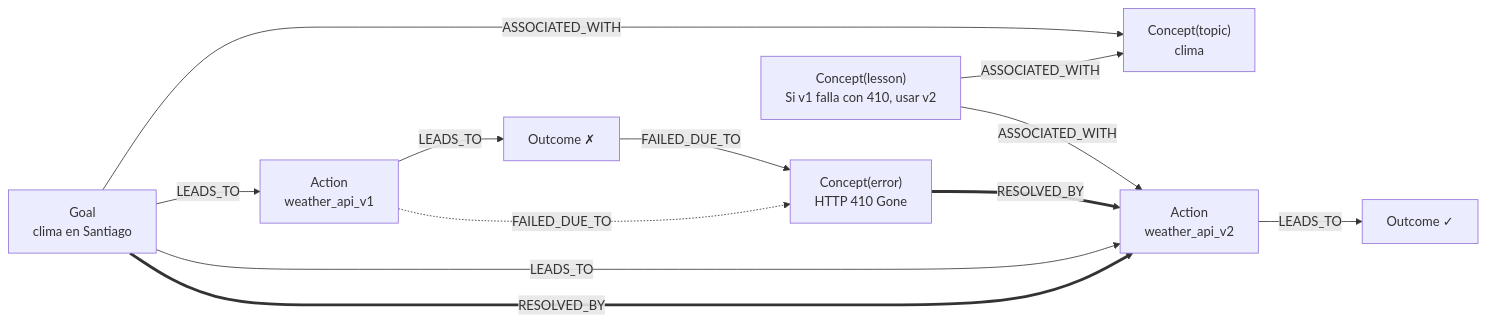
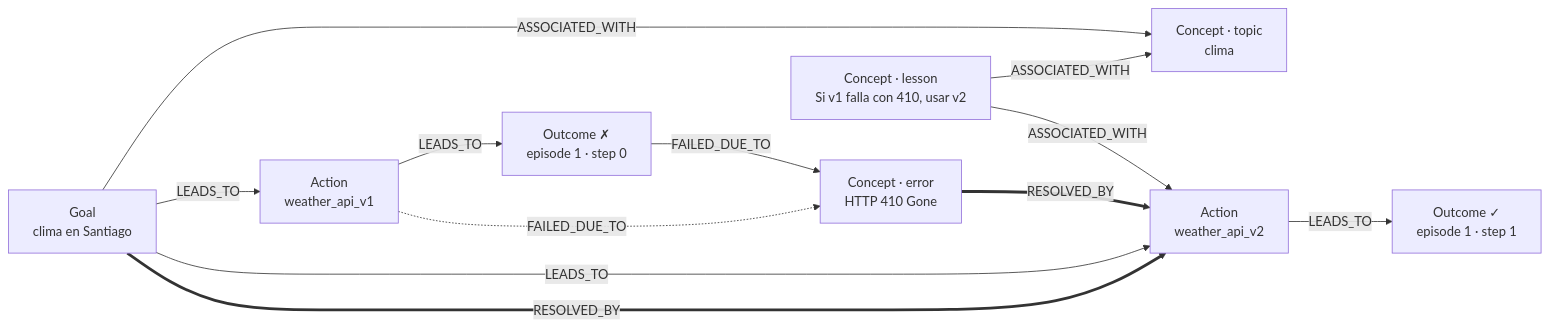
The third of 10 diagrams in README.md (cherrera0001/Agents_Learning_Loops), drawn with Mermaid before and after one commit. The commit also changed other lines of this file and 3 other files, not shown here.

First line of the commit message:
docs: README técnico con arquitectura, algoritmos y 10 diagramas (#38)

````diff
--- a/README.md
+++ b/README.md
@@ -71,14 +203,14 @@
 ```mermaid
 graph LR
-    G1["Goal<br/>clima en Santiago"] -- ASSOCIATED_WITH --> T["Concept(topic)<br/>clima"]
+    G1["Goal<br/>clima en Santiago"] -- ASSOCIATED_WITH --> T["Concept · topic<br/>clima"]
     G1 -- LEADS_TO --> A1["Action<br/>weather_api_v1"]
     G1 -- LEADS_TO --> A2["Action<br/>weather_api_v2"]
     G1 == RESOLVED_BY ==> A2
-    A1 -- LEADS_TO --> O1["Outcome ✗"]
-    A2 -- LEADS_TO --> O2["Outcome ✓"]
-    O1 -- FAILED_DUE_TO --> E["Concept(error)<br/>HTTP 410 Gone"]
+    A1 -- LEADS_TO --> O1["Outcome ✗<br/>episode 1 · step 0"]
+    A2 -- LEADS_TO --> O2["Outcome ✓<br/>episode 1 · step 1"]
+    O1 -- FAILED_DUE_TO --> E["Concept · error<br/>HTTP 410 Gone"]
     A1 -. FAILED_DUE_TO .-> E
     E == RESOLVED_BY ==> A2
-    L["Concept(lesson)<br/>Si v1 falla con 410, usar v2"] -- ASSOCIATED_WITH --> T
+    L["Concept · lesson<br/>Si v1 falla con 410, usar v2"] -- ASSOCIATED_WITH --> T
     L -- ASSOCIATED_WITH --> A2
 ```
````
